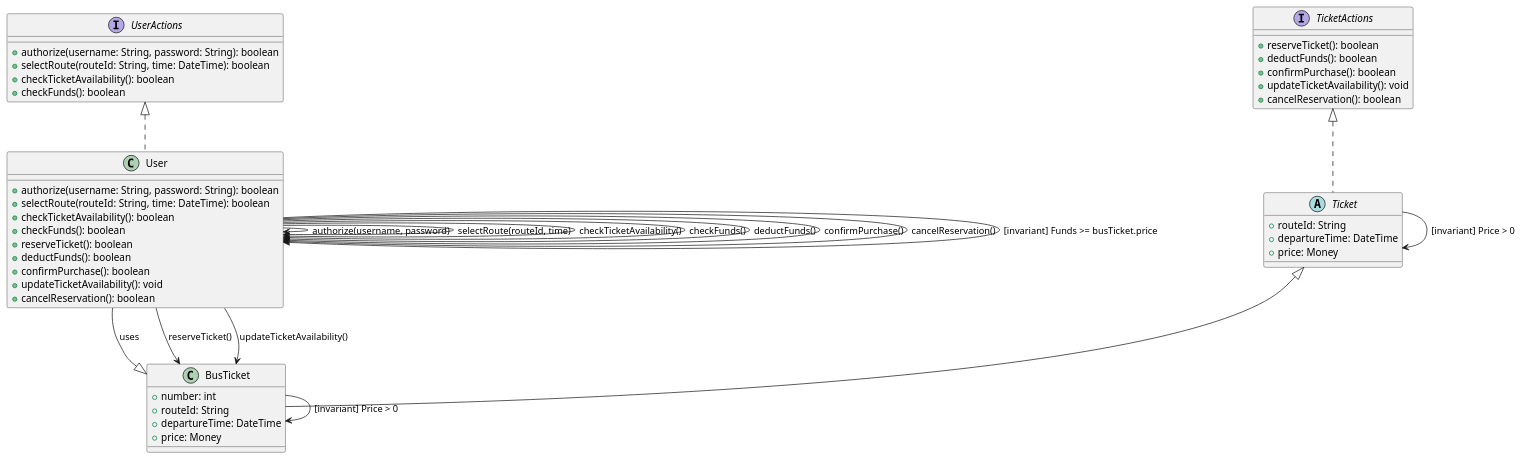
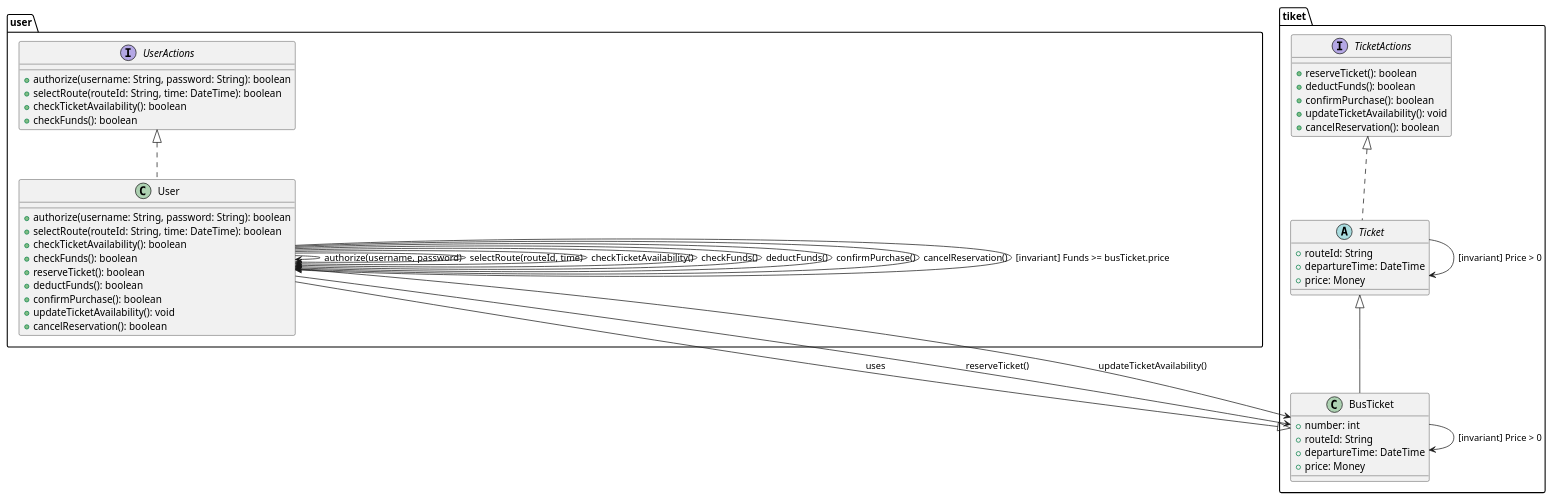
Before and after one commit to RomanAnnenkov/gb_seminar_architecture: the diagram in lessonFour/src/main/java/onlineTicket/onlineTicket.puml, drawn with PlantUML. The commit also changed 7 other files, not shown here.

```diff
--- a/lessonFour/src/main/java/onlineTicket/onlineTicket.puml
+++ b/lessonFour/src/main/java/onlineTicket/onlineTicket.puml
@@ -1,77 +1,77 @@
 @startuml
 
 ' Интерфейсы
-interface UserActions {
+interface user.UserActions {
   +authorize(username: String, password: String): boolean
   +selectRoute(routeId: String, time: DateTime): boolean
   +checkTicketAvailability(): boolean
   +checkFunds(): boolean
 }
 
-interface TicketActions {
+interface tiket.TicketActions {
   +reserveTicket(): boolean
   +deductFunds(): boolean
   +confirmPurchase(): boolean
   +updateTicketAvailability(): void
   +cancelReservation(): boolean
 }
 
 ' Классы и операции
 
 ' класс, представляющий пользователя системы.
-class User implements UserActions {
+class user.User implements user.UserActions {
 ' предусловие -->
   +authorize(username: String, password: String): boolean
   +selectRoute(routeId: String, time: DateTime): boolean
   +checkTicketAvailability(): boolean
   +checkFunds(): boolean
  ' <-- предусловие
  ' постусловия -->
   +reserveTicket(): boolean
   +deductFunds(): boolean
   +confirmPurchase(): boolean
   +updateTicketAvailability(): void
   +cancelReservation(): boolean
  ' <-- постусловия
 }
 
 ' Абстрактный класс и наследование
-abstract class Ticket implements TicketActions {
+abstract class tiket.Ticket implements tiket.TicketActions {
   +routeId: String
   +departureTime: DateTime
   +price: Money
 }
 
-User --|> BusTicket : uses
+User --|> tiket.BusTicket : uses
 
-class BusTicket extends Ticket {
+class tiket.BusTicket extends tiket.Ticket {
   +number: int
   +routeId: String
   +departureTime: DateTime
   +price: Money
 }
 
 ' Предусловия
 
 User --> User : authorize(username, password)
 User --> User : selectRoute(routeId, time)
 User --> User : checkTicketAvailability()
 User --> User : checkFunds()
 
-User --> BusTicket : reserveTicket()
+User --> tiket.BusTicket : reserveTicket()
 
 ' Постусловия
 
 User --> User : deductFunds()
 User --> User : confirmPurchase()
 User --> BusTicket : updateTicketAvailability()
 
 User --> User : cancelReservation()
 
 ' Инварианты
 
 User --> User : [invariant] Funds >= busTicket.price
-BusTicket --> BusTicket : [invariant] Price > 0
-Ticket --> Ticket : [invariant] Price > 0
+tiket.BusTicket --> tiket.BusTicket : [invariant] Price > 0
+tiket.Ticket --> tiket.Ticket : [invariant] Price > 0
 
 @enduml
```
